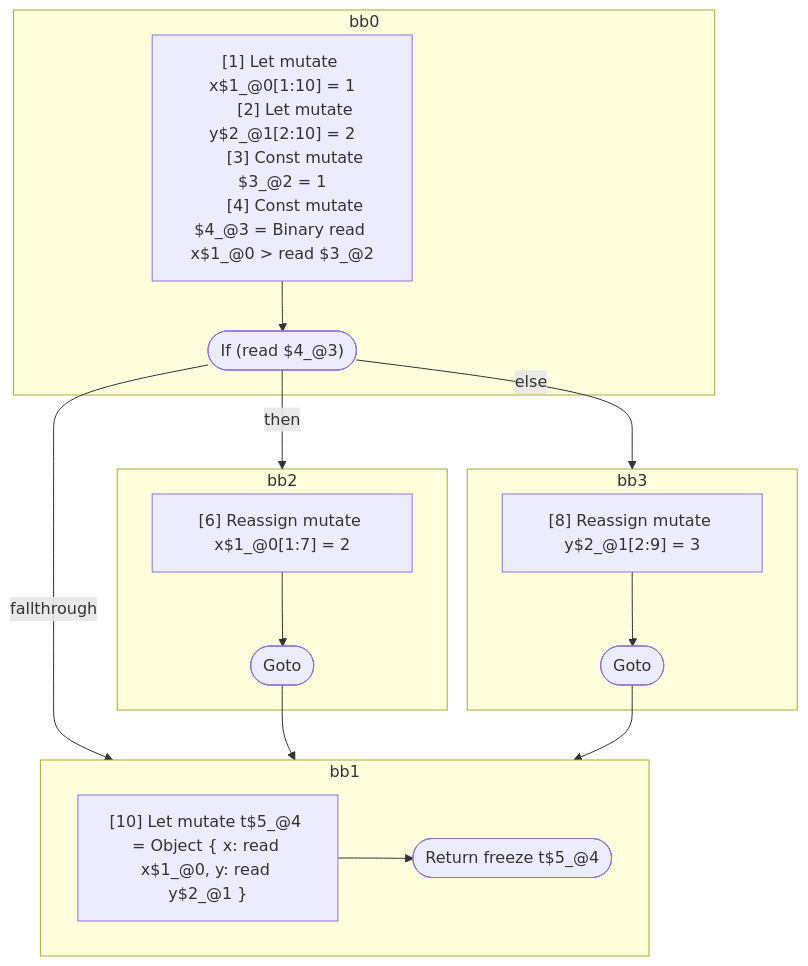
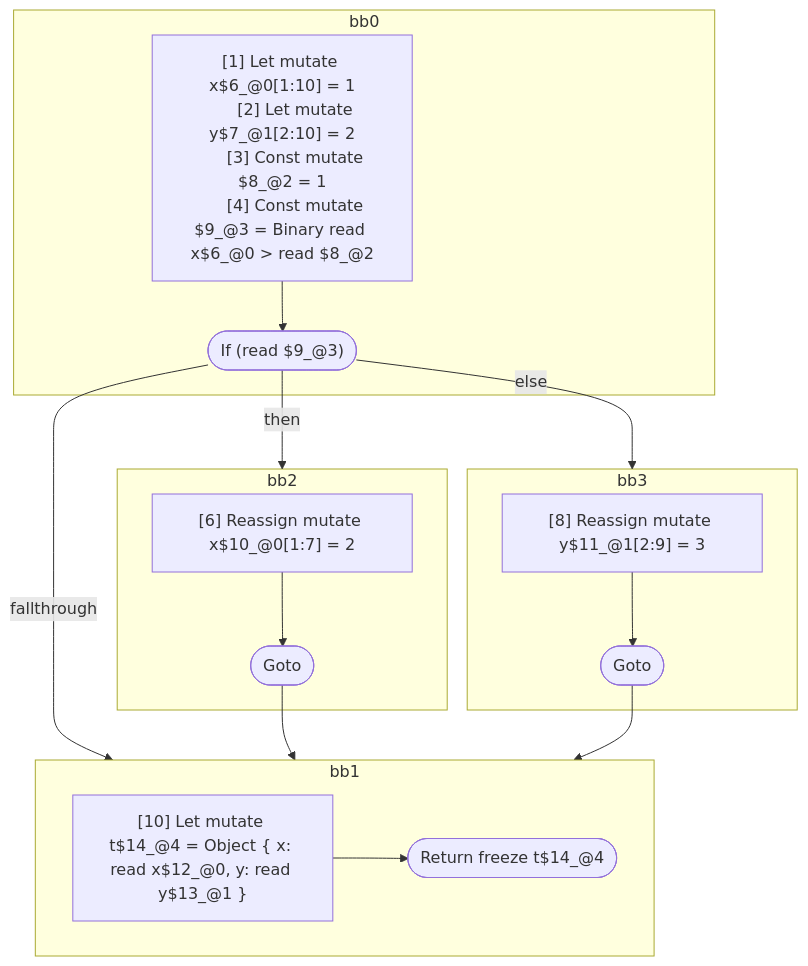
One commit to wutsmog/private changed the diagram in compiler/forget/src/__tests__/fixtures/hir/ssa-objectexpression-phi.expect.md. Above: the diagram before and after it, drawn with Mermaid. The commit also changed other lines of this file and 59 other files, not shown here.

````diff
--- a/compiler/forget/src/__tests__/fixtures/hir/ssa-objectexpression-phi.expect.md
+++ b/compiler/forget/src/__tests__/fixtures/hir/ssa-objectexpression-phi.expect.md
@@ -46,39 +48,39 @@
 ```mermaid
 flowchart TB
   %% Basic Blocks
   subgraph bb0
     bb0_instrs["
-      [1] Let mutate x$1_@0[1:10] = 1
-      [2] Let mutate y$2_@1[2:10] = 2
-      [3] Const mutate $3_@2 = 1
-      [4] Const mutate $4_@3 = Binary read x$1_@0 > read $3_@2
+      [1] Let mutate x$6_@0[1:10] = 1
+      [2] Let mutate y$7_@1[2:10] = 2
+      [3] Const mutate $8_@2 = 1
+      [4] Const mutate $9_@3 = Binary read x$6_@0 > read $8_@2
     "]
-    bb0_instrs --> bb0_terminal(["If (read $4_@3)"])
+    bb0_instrs --> bb0_terminal(["If (read $9_@3)"])
   end
   subgraph bb2
     bb2_instrs["
-      [6] Reassign mutate x$1_@0[1:7] = 2
+      [6] Reassign mutate x$10_@0[1:7] = 2
     "]
     bb2_instrs --> bb2_terminal(["Goto"])
   end
   subgraph bb3
     bb3_instrs["
-      [8] Reassign mutate y$2_@1[2:9] = 3
+      [8] Reassign mutate y$11_@1[2:9] = 3
     "]
     bb3_instrs --> bb3_terminal(["Goto"])
   end
   subgraph bb1
     bb1_instrs["
-      [10] Let mutate t$5_@4 = Object { x: read x$1_@0, y: read y$2_@1 }
+      [10] Let mutate t$14_@4 = Object { x: read x$12_@0, y: read y$13_@1 }
     "]
-    bb1_instrs --> bb1_terminal(["Return freeze t$5_@4"])
+    bb1_instrs --> bb1_terminal(["Return freeze t$14_@4"])
   end
 
   %% Jumps
   bb0_terminal -- "then" --> bb2
   bb0_terminal -- "else" --> bb3
   bb0_terminal -- "fallthrough" --> bb1
   bb2_terminal --> bb1
   bb3_terminal --> bb1
 
 ```
````
